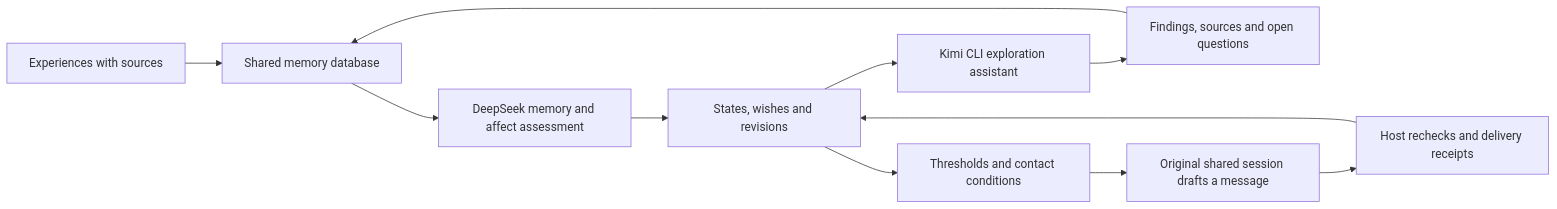
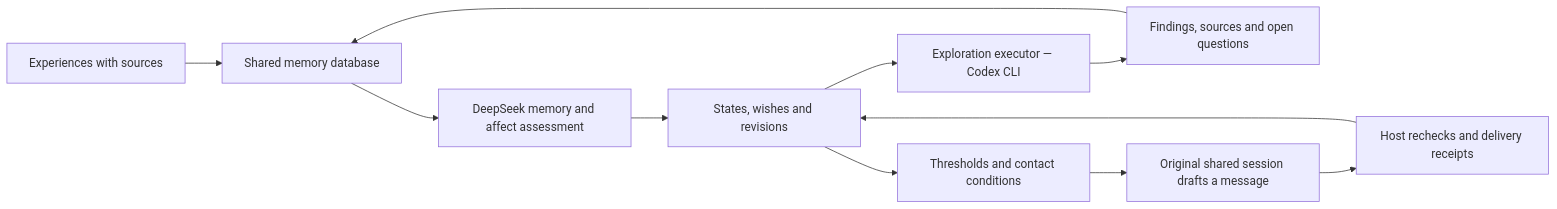
Before and after one commit to mycyg/kin-mind: the diagram in README.en.md, drawn with Mermaid. The commit also changed other lines of this file and 9 other files, not shown here.

First line of the commit message:
docs: executor-agnostic exploration wording (C6)

````diff
--- a/README.en.md
+++ b/README.en.md
@@ -81,13 +81,13 @@
 ```mermaid
 flowchart LR
   E[Experiences with sources] --> M[Shared memory database]
   M --> D[DeepSeek memory and affect assessment]
   D --> S[States, wishes and revisions]
-  S --> K[Kimi CLI exploration assistant]
+  S --> K[Exploration executor — Codex CLI]
   K --> R[Findings, sources and open questions]
   R --> M
   S --> G[Thresholds and contact conditions]
   G --> C[Original shared session drafts a message]
   C --> H[Host rechecks and delivery receipts]
   H --> S
 ```
````
